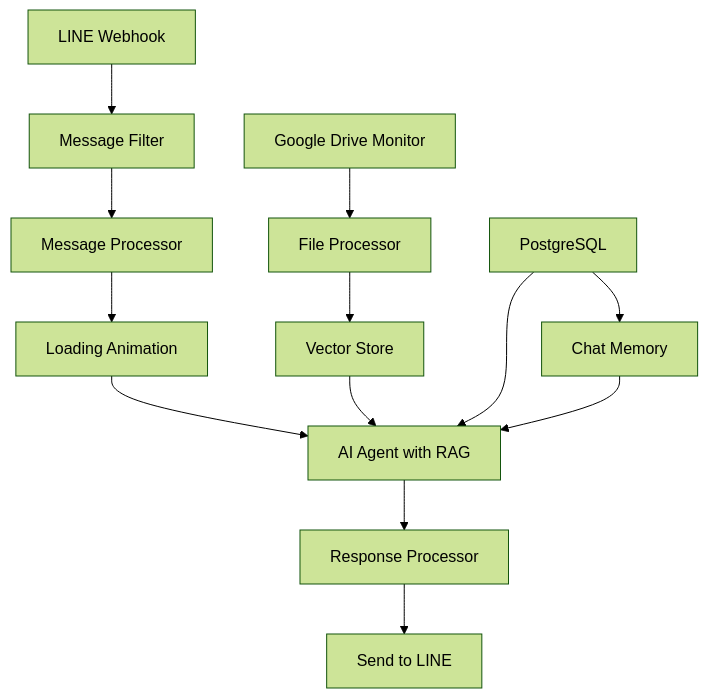
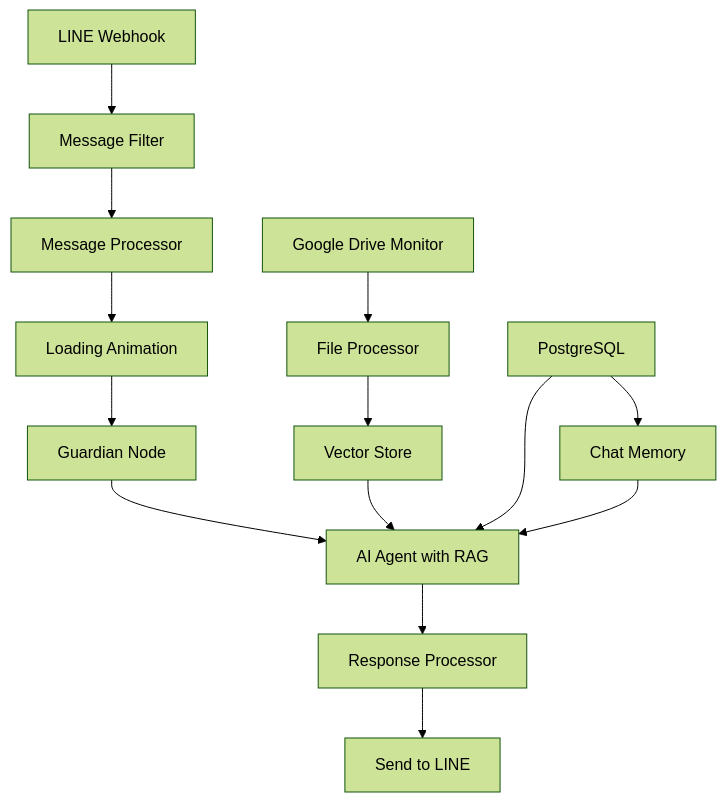
The diagram in README.md (Mojo7823/ngeline), drawn with Mermaid (forest theme) before and after one commit. The commit also changed other lines of this file, not shown here.

````diff
--- a/README.md
+++ b/README.md
@@ -45,17 +49,18 @@
 ```mermaid
 graph TD
     A[LINE Webhook] --> B[Message Filter]
     B --> C[Message Processor]
     C --> D[Loading Animation]
-    D --> E[AI Agent with RAG]
+    D --> M[Guardian Node]
+    M --> E[AI Agent with RAG]
     E --> F[Response Processor]
     F --> G[Send to LINE]
     
     H[Google Drive Monitor] --> I[File Processor]
     I --> J[Vector Store]
     J --> E
     
     K[PostgreSQL] --> E
     K --> L[Chat Memory]
     L --> E
 ```
````
